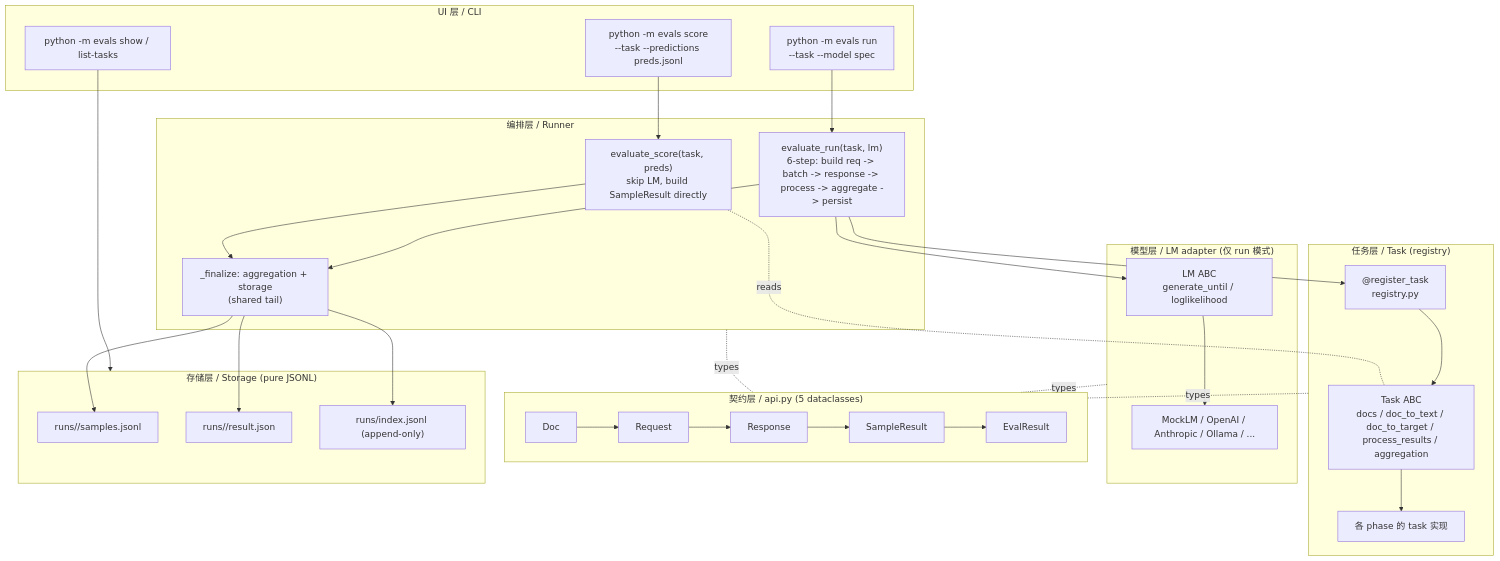
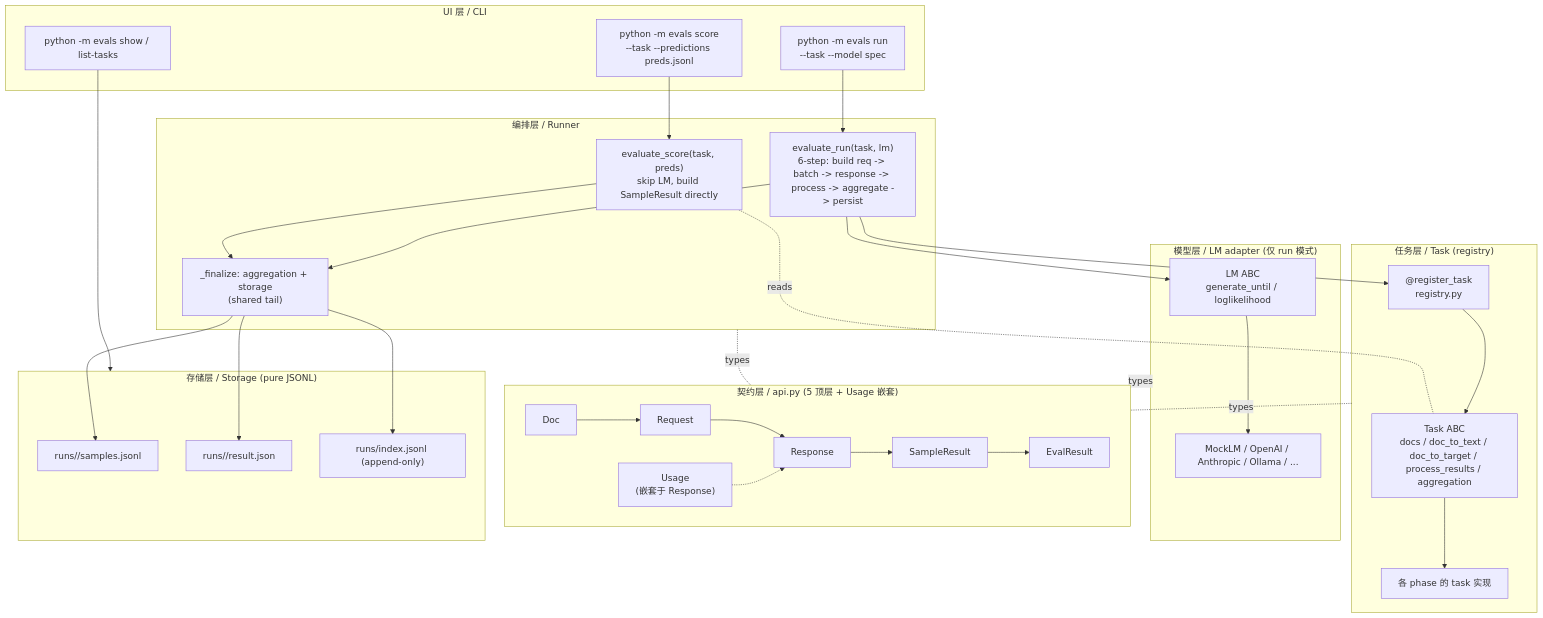
Before and after one commit to AndyUneducated/ai_workshop_demo: the diagram in play/evals/README.md, drawn with Mermaid. The commit also changed other lines of this file and 17 other files, not shown here.

````diff
--- a/play/evals/README.md
+++ b/play/evals/README.md
@@ -27,44 +27,45 @@
 ```mermaid
 flowchart TB
     subgraph UI["UI 层 / CLI"]
         cliScore["python -m evals score<br/>--task --predictions preds.jsonl"]
         cliRun["python -m evals run<br/>--task --model spec"]
         cliShow["python -m evals show / list-tasks"]
     end
     subgraph ORCH["编排层 / Runner"]
         off["evaluate_score(task, preds)<br/>skip LM, build SampleResult directly"]
         act["evaluate_run(task, lm)<br/>6-step: build req -> batch -> response -> process -> aggregate -> persist"]
         shared["_finalize: aggregation + storage<br/>(shared tail)"]
     end
     subgraph TASK["任务层 / Task (registry)"]
         reg["@register_task<br/>registry.py"]
         base["Task ABC<br/>docs / doc_to_text / doc_to_target / process_results / aggregation"]
         tasks["各 phase 的 task 实现"]
     end
     subgraph LM["模型层 / LM adapter (仅 run 模式)"]
         lmbase["LM ABC<br/>generate_until / loglikelihood"]
         adapters["MockLM / OpenAI / Anthropic / Ollama / ..."]
     end
-    subgraph CONTRACT["契约层 / api.py (5 dataclasses)"]
+    subgraph CONTRACT["契约层 / api.py (5 顶层 + Usage 嵌套)"]
         doc["Doc"] --> req["Request"] --> resp["Response"] --> sr["SampleResult"] --> er["EvalResult"]
+        usage["Usage<br/>(嵌套于 Response)"] -.-> resp
     end
     subgraph STORE["存储层 / Storage (pure JSONL)"]
         samples["runs/<id>/samples.jsonl"]
         result["runs/<id>/result.json"]
         idx["runs/index.jsonl (append-only)"]
     end
     cliScore --> off
     cliRun --> act
     cliShow --> STORE
     off --> shared
     act --> shared
     off -. reads .- base
     act --> reg --> base
     act --> lmbase
     base --> tasks
     lmbase --> adapters
     shared --> samples & result & idx
     TASK -. types .- CONTRACT
     LM -. types .- CONTRACT
     ORCH -. types .- CONTRACT
 ```
````
